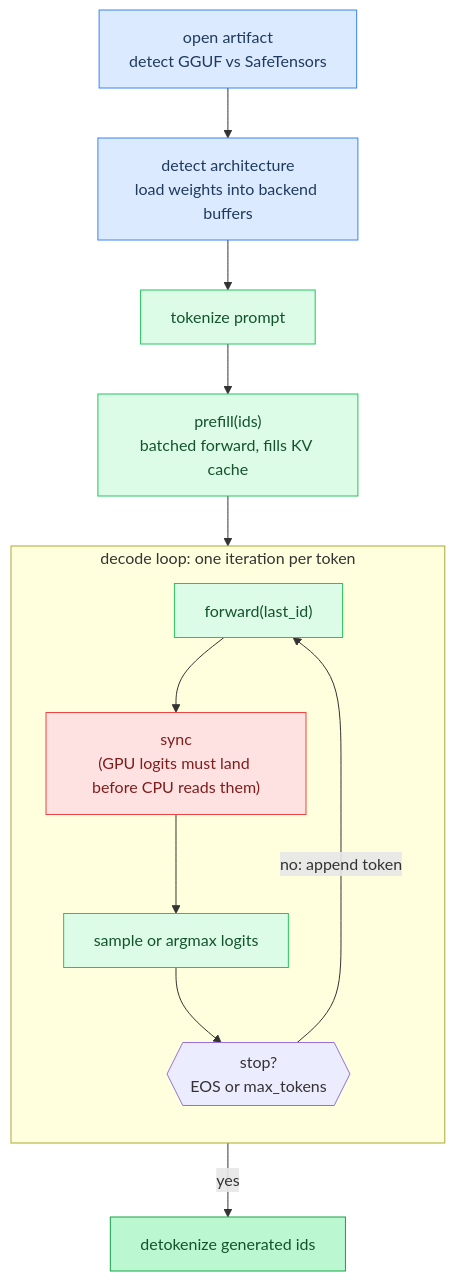
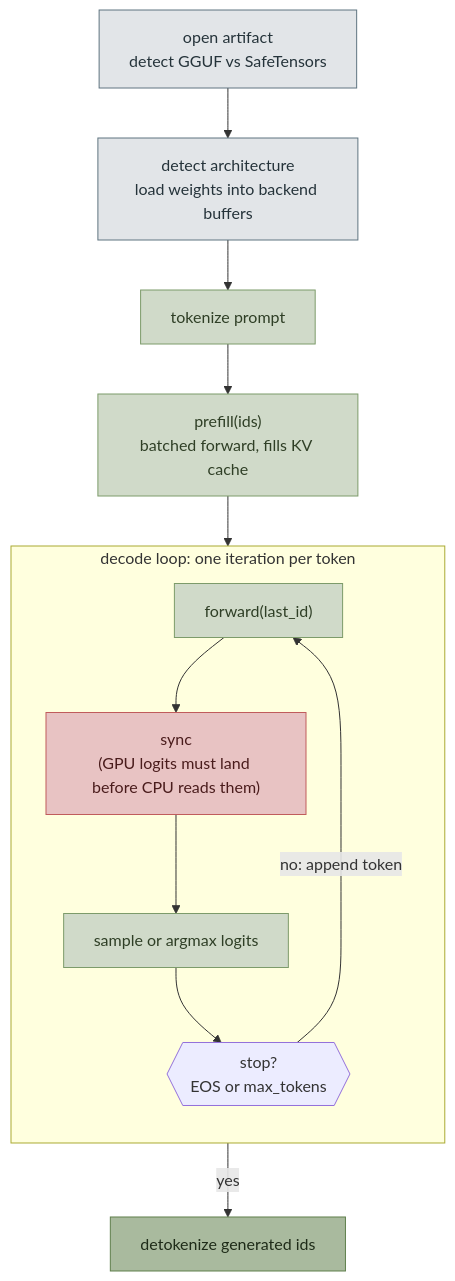
One commit to maci0/agave changed the diagram in docs/tutorial/00-getting-started.md. Above: the diagram before and after it, drawn with Mermaid. The commit also changed 198 other files, not shown here.

Commit message:
docs: re-theme diagram palette to the product ink ramp

````diff
--- a/docs/tutorial/00-getting-started.md
+++ b/docs/tutorial/00-getting-started.md
@@ -81,24 +81,24 @@
 ```mermaid
 flowchart TD
-  classDef setup fill:#dbeafe,stroke:#3b82f6,color:#1e3a5f
-  classDef sync fill:#dcfce7,stroke:#22c55e,color:#14532d
-  classDef danger fill:#fee2e2,stroke:#ef4444,color:#7f1d1d
-  classDef success fill:#bbf7d0,stroke:#16a34a,color:#14532d
+  classDef setup fill:#e2e5e8,stroke:#5f7480,color:#25333a
+  classDef sync fill:#d0dac9,stroke:#7d9b6a,color:#2f3f26
+  classDef danger fill:#e8c3c3,stroke:#c05c5c,color:#4a1c1c
+  classDef success fill:#a9ba9e,stroke:#5f7f4c,color:#1e2b18
 
   Open["open artifact\ndetect GGUF vs SafeTensors"]:::setup --> Construct["detect architecture\nload weights into backend buffers"]:::setup
   Construct --> Tok["tokenize prompt"]:::sync
   Tok --> Prefill["prefill(ids)\nbatched forward, fills KV cache"]:::sync
 
   subgraph DecodeLoop["decode loop: one iteration per token"]
     direction TB
     Fwd["forward(last_id)"]:::sync
     Sync["sync\n(GPU logits must land before CPU reads them)"]:::danger
     Sample["sample or argmax logits"]:::sync
     Check{{"stop?\nEOS or max_tokens"}}
     Fwd --> Sync --> Sample --> Check
     Check -->|"no: append token"| Fwd
   end
 
   Prefill --> DecodeLoop
   Check -->|"yes"| Text["detokenize generated ids"]:::success
 ```
````
